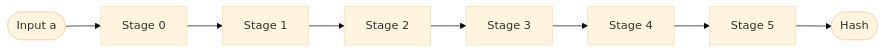
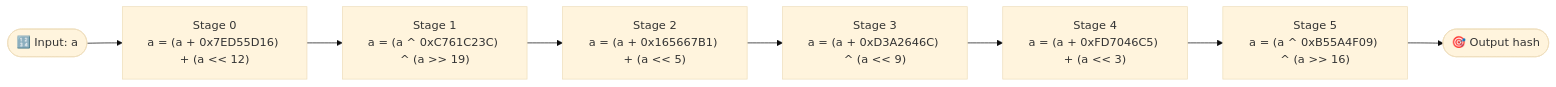
One commit to trirpi/trirpi.github.io changed the fourth of 4 diagrams in content/posts/anthropic-performance-takehome-deep-dive.md. Above: the diagram before and after it, drawn with Mermaid (base theme). The commit also changed other lines of this file, not shown here.

Commit message:
Restore diagram details, keep horizontal layout

````diff
--- a/content/posts/anthropic-performance-takehome-deep-dive.md
+++ b/content/posts/anthropic-performance-takehome-deep-dive.md
@@ -141,4 +173,11 @@
 ```mermaid
 flowchart LR
-    IN(["Input a"]) --> S0["Stage 0"] --> S1["Stage 1"] --> S2["Stage 2"] --> S3["Stage 3"] --> S4["Stage 4"] --> S5["Stage 5"] --> OUT(["Hash"])
+    IN(["🔢 Input: a"]) --> S0
+    S0["Stage 0<br/>a = (a + 0x7ED55D16) + (a << 12)"] --> S1
+    S1["Stage 1<br/>a = (a ^ 0xC761C23C) ^ (a >> 19)"] --> S2
+    S2["Stage 2<br/>a = (a + 0x165667B1) + (a << 5)"] --> S3
+    S3["Stage 3<br/>a = (a + 0xD3A2646C) ^ (a << 9)"] --> S4
+    S4["Stage 4<br/>a = (a + 0xFD7046C5) + (a << 3)"] --> S5
+    S5["Stage 5<br/>a = (a ^ 0xB55A4F09) ^ (a >> 16)"] --> OUT
+    OUT(["🎯 Output hash"])
 ```
````
